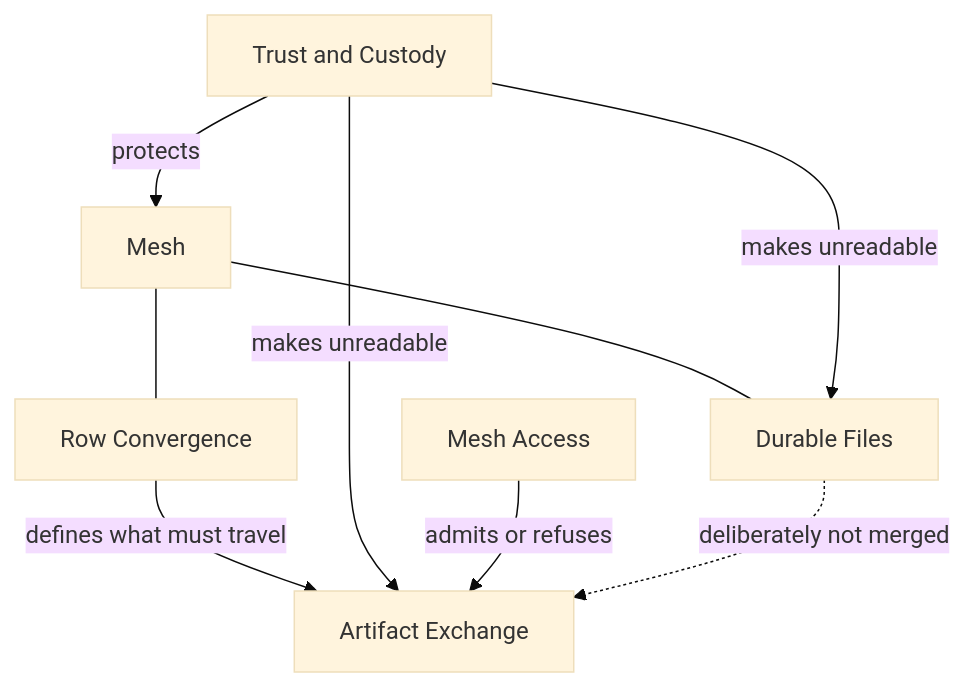
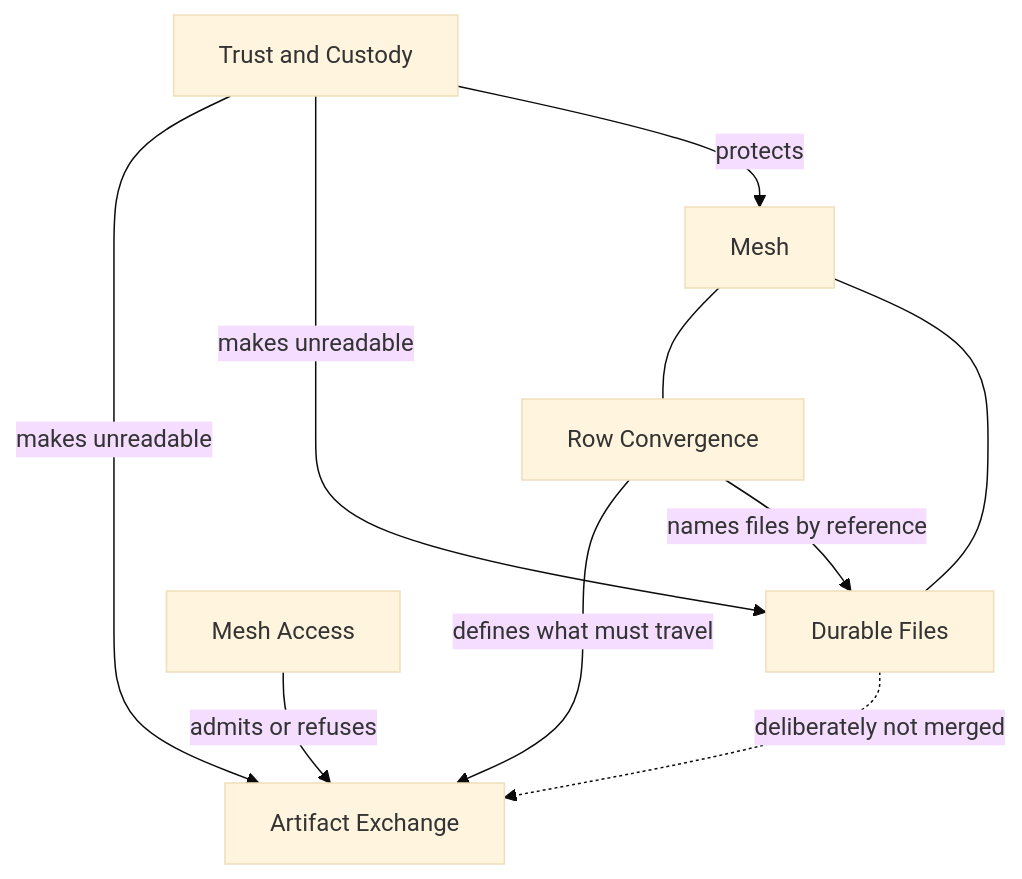
The diagram in .compass/interocitor/DOMAIN.md (Machine-Garden/interocitor), drawn with Mermaid (base theme) before and after one commit. The commit also changed other lines of this file and 4 other files, not shown here.

````diff
--- a/.compass/interocitor/DOMAIN.md
+++ b/.compass/interocitor/DOMAIN.md
@@ -520,18 +554,19 @@
 ```mermaid
 graph TB
   MESH["Mesh"]
   ROWS["Row Convergence"]
   EXCH["Artifact Exchange"]
   FILES["Durable Files"]
   TRUST["Trust and Custody"]
   ACCESS["Mesh Access"]
 
   MESH --- ROWS
   MESH --- FILES
   ROWS -->|"defines what must travel"| EXCH
   TRUST -->|"makes unreadable"| EXCH
   TRUST -->|"makes unreadable"| FILES
   TRUST -->|"protects"| MESH
   ACCESS -->|"admits or refuses"| EXCH
+  ROWS -->|"names files by reference"| FILES
   FILES -.->|"deliberately not merged"| EXCH
 ```
````
